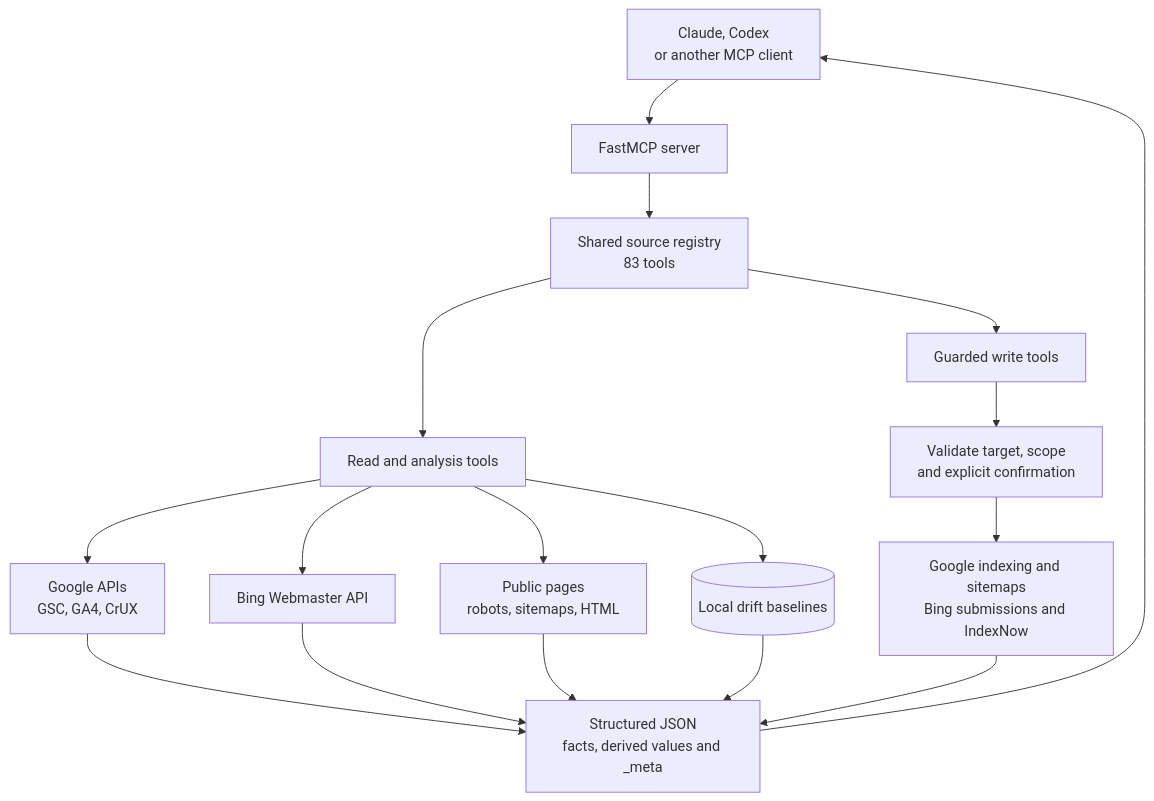
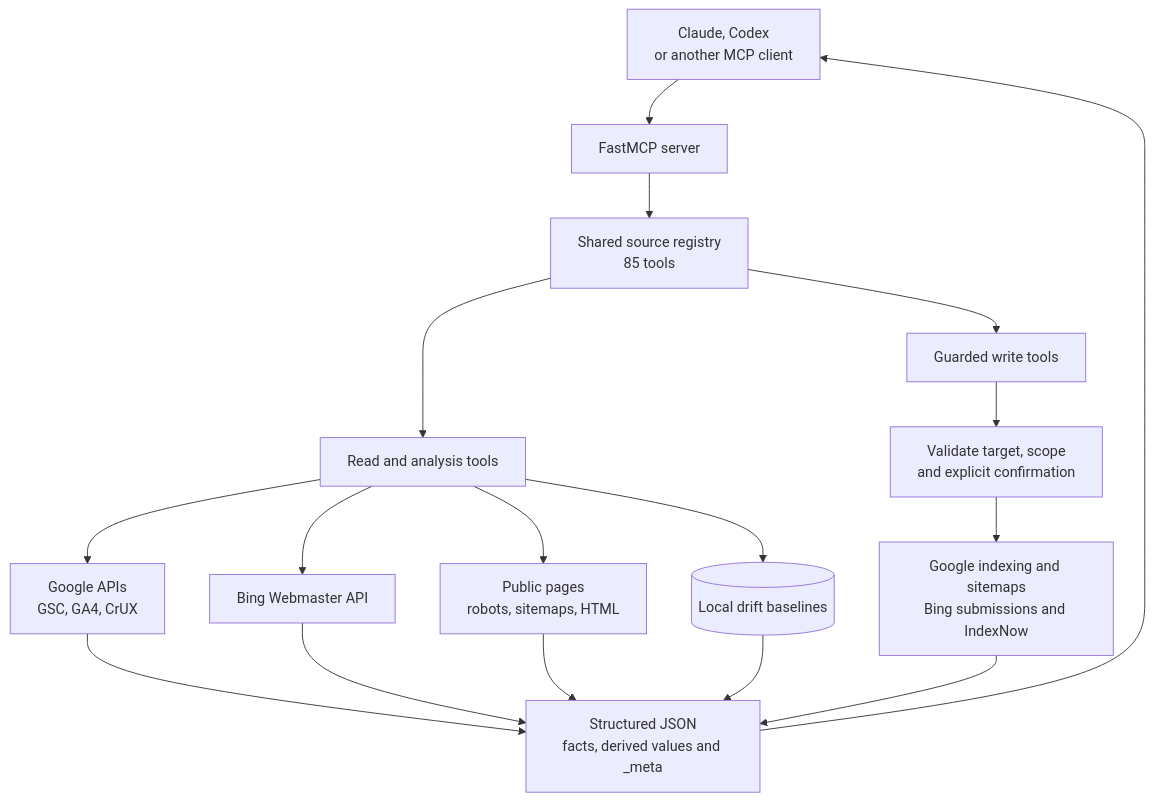
The diagram in README.md (FlorianBruniaux/google-search-console-mcp), drawn with Mermaid before and after one commit. The commit also changed other lines of this file and 50 other files, not shown here.

````diff
--- a/README.md
+++ b/README.md
@@ -325,19 +325,19 @@
 ```mermaid
 flowchart TD
     C[Claude, Codex<br/>or another MCP client] --> S[FastMCP server]
-    S --> R[Shared source registry<br/>83 tools]
+    S --> R[Shared source registry<br/>85 tools]
     R --> A[Read and analysis tools]
     R --> W[Guarded write tools]
     A --> G[Google APIs<br/>GSC, GA4, CrUX]
     A --> B[Bing Webmaster API]
     A --> P[Public pages<br/>robots, sitemaps, HTML]
     A --> L[(Local drift baselines)]
     W --> V[Validate target, scope<br/>and explicit confirmation]
     V --> M[Google indexing and sitemaps<br/>Bing submissions and IndexNow]
     G --> O[Structured JSON<br/>facts, derived values and _meta]
     B --> O
     P --> O
     L --> O
     M --> O
     O --> C
 ```
````
